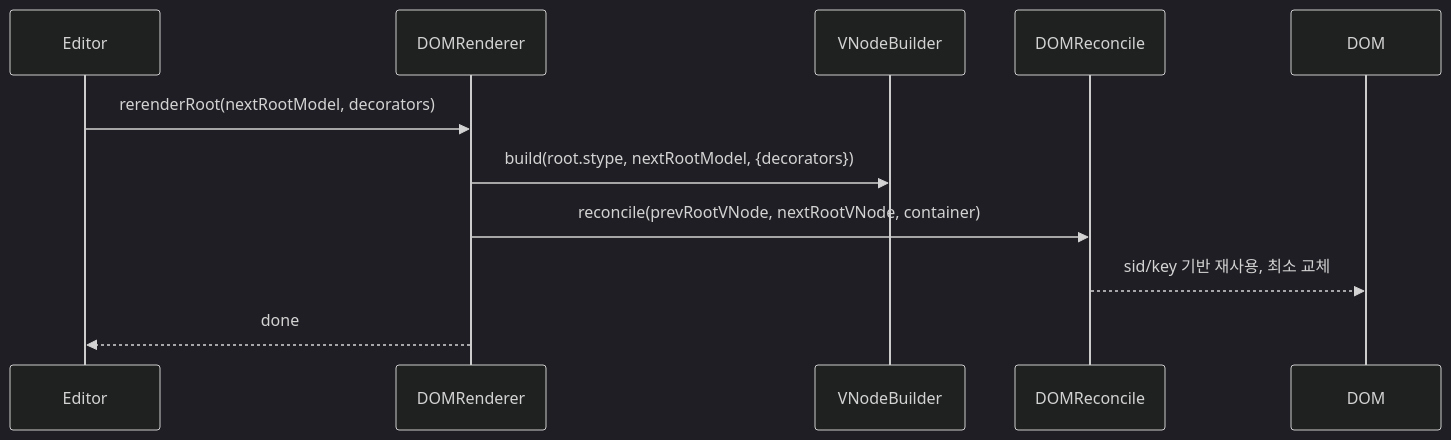
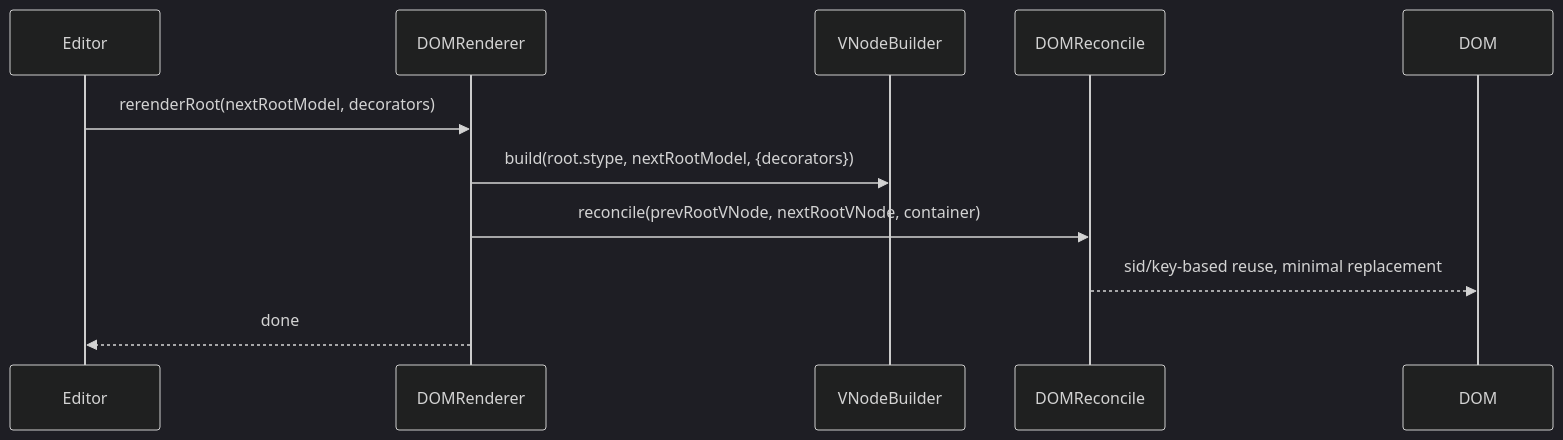
The seventh of 10 diagrams in packages/renderer-dom/SID_DRIVEN_LIFECYCLE.md (barocss/barocss-editor), drawn with Mermaid (dark theme) before and after one commit. The commit also changed other lines of this file and 43 other files, not shown here.

````diff
--- a/packages/renderer-dom/SID_DRIVEN_LIFECYCLE.md
+++ b/packages/renderer-dom/SID_DRIVEN_LIFECYCLE.md
@@ -265,14 +265,14 @@
 ```mermaid
 sequenceDiagram
   participant S as Editor
   participant R as DOMRenderer
   participant VB as VNodeBuilder
   participant DR as DOMReconcile
   participant DOM as DOM
 
   S->>R: rerenderRoot(nextRootModel, decorators)
   R->>VB: build(root.stype, nextRootModel, {decorators})
   R->>DR: reconcile(prevRootVNode, nextRootVNode, container)
-  DR-->>DOM: sid/key 기반 재사용, 최소 교체
+  DR-->>DOM: sid/key-based reuse, minimal replacement
   R-->>S: done
 ```
````
